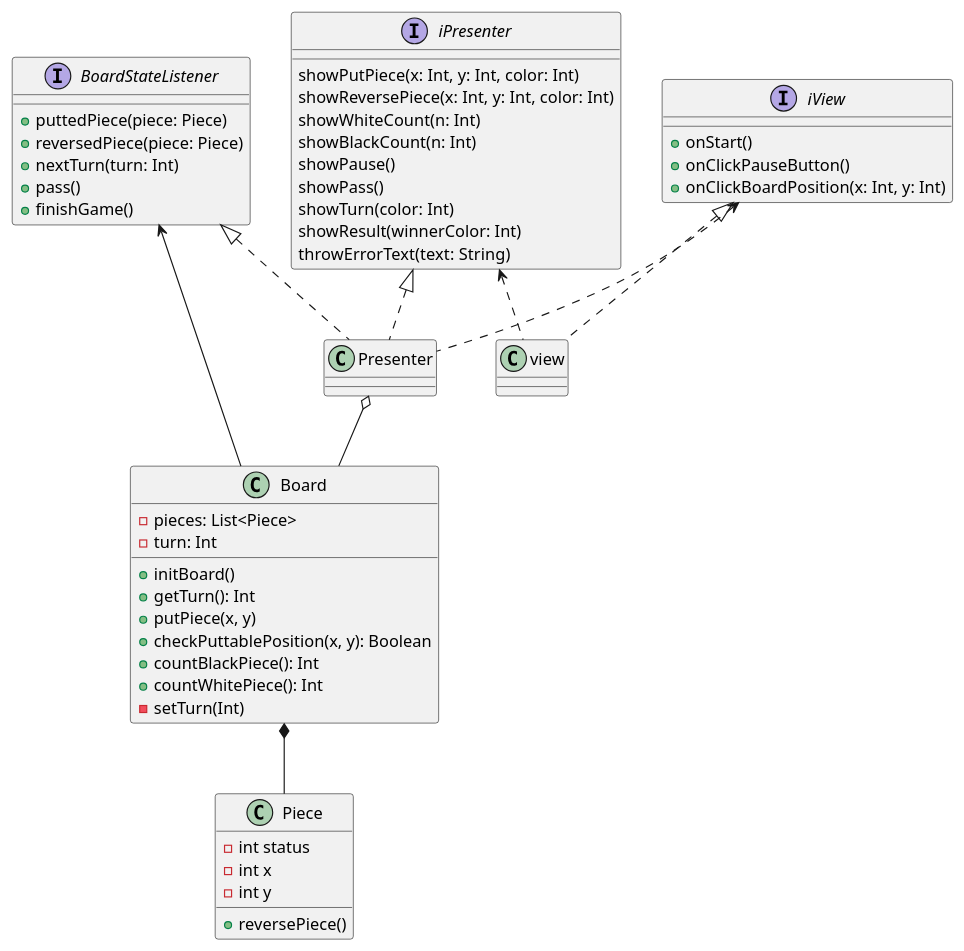
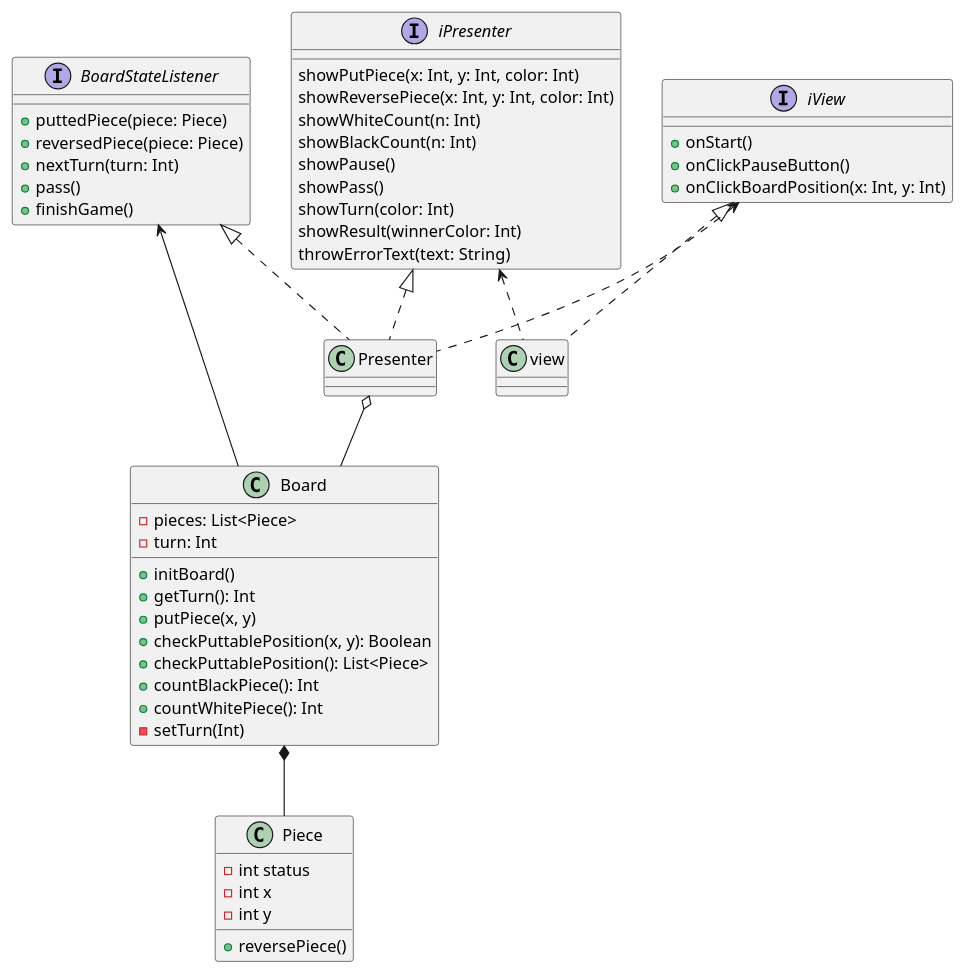
The diagram in uml/class/game.puml (Issei0804-ie/Uhyo), drawn with PlantUML before and after one commit. The commit also changed 2 other files, not shown here.

Commit message:
update uml

```diff
--- a/uml/class/game.puml
+++ b/uml/class/game.puml
@@ -1,60 +1,61 @@
 @startuml
 Presenter o-- Board
 Board *-- Piece
 iView <.. Presenter
 iView <|.. view
 BoardStateListener <|.. Presenter
 BoardStateListener <-- Board
 iPresenter <|.. Presenter
 iPresenter <.. view
 
 class Board {
     - pieces: List<Piece>
     - turn: Int
     + initBoard()
     + getTurn(): Int
     + putPiece(x, y)
     + checkPuttablePosition(x, y): Boolean
+    + checkPuttablePosition(): List<Piece>
     + countBlackPiece(): Int
     + countWhitePiece(): Int
     - setTurn(Int)
 }
 
 interface BoardStateListener {
     + puttedPiece(piece: Piece)
     + reversedPiece(piece: Piece)
     + nextTurn(turn: Int)
     + pass()
     + finishGame()
 }
 
 class Piece {
     - int status
     - int x
     - int y
     + reversePiece()
 }
 
 interface iView {
     + onStart()
     + onClickPauseButton()
     + onClickBoardPosition(x: Int, y: Int)
 }
 
 class view {}
 
 interface iPresenter {
     showPutPiece(x: Int, y: Int, color: Int)
     showReversePiece(x: Int, y: Int, color: Int)
     showWhiteCount(n: Int)
     showBlackCount(n: Int)
     showPause()
     showPass()
     showTurn(color: Int)
     showResult(winnerColor: Int)
     throwErrorText(text: String)
 }
 class Presenter {
 
 }
 @enduml
```
